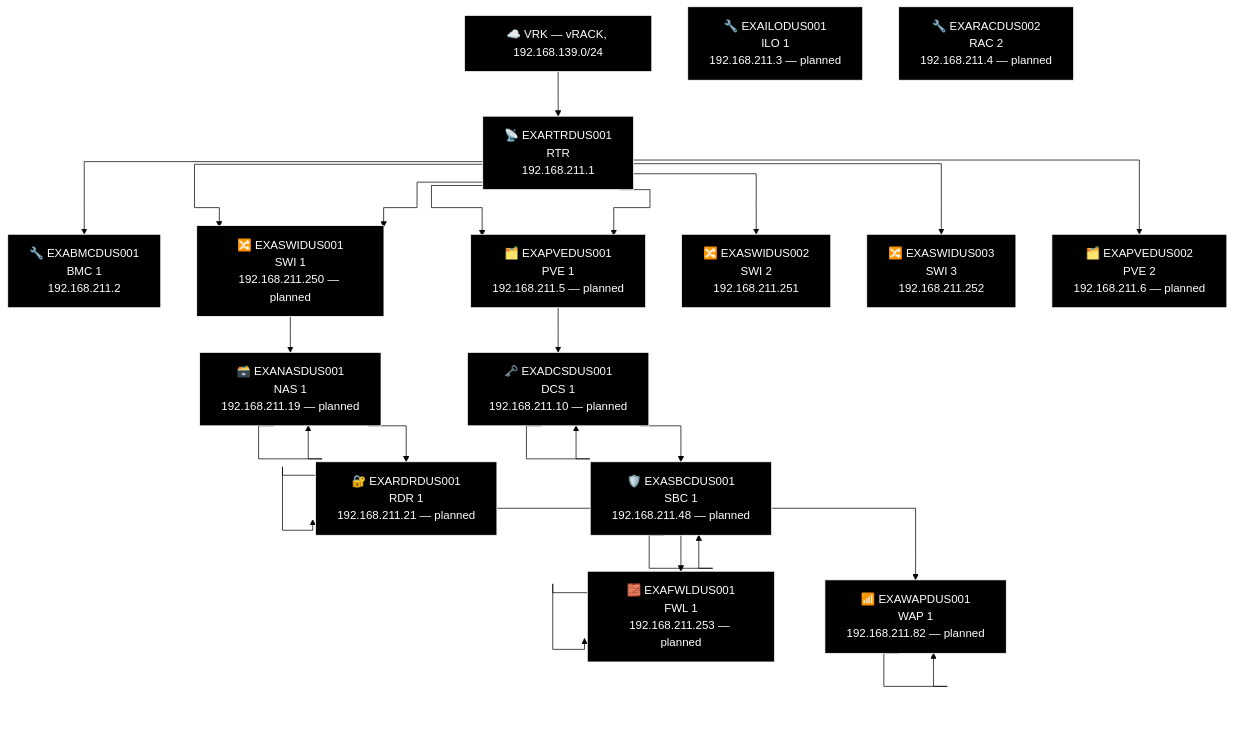
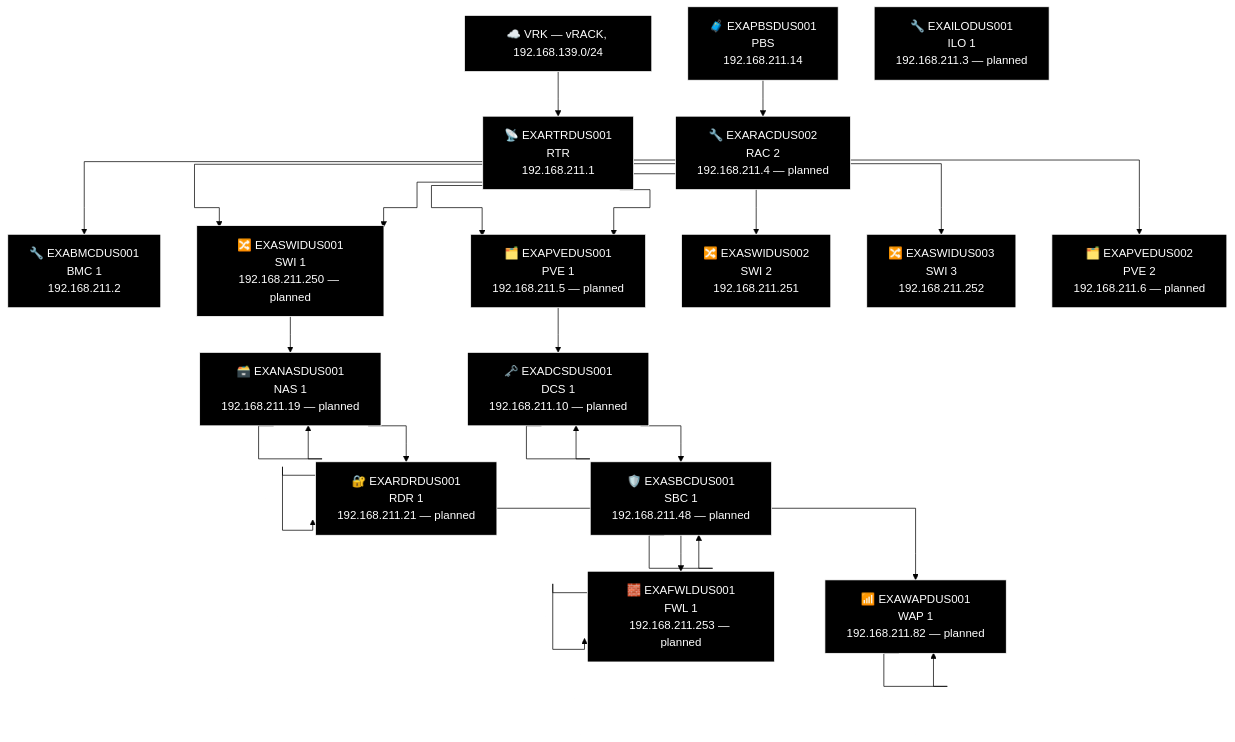
Before and after one commit to knightmare2600/example_music_infra: diagram 13 of 13 in docs/network-diagram/deutschland.md, drawn with Mermaid (forest theme). The commit also changed other lines of this file and 14 other files, not shown here.

First line of the commit message:
docs/network-diagram: regenerate, every site was missing its PBS node

````diff
--- a/docs/network-diagram/deutschland.md
+++ b/docs/network-diagram/deutschland.md
@@ -567,65 +577,68 @@
 ```mermaid
 %% GENERATED:TOPOLOGY:DUS:START
 %%{init: {'flowchart': {'curve': 'stepAfter'}}}%%
 graph TD
     T_VRK["☁️ VRK — vRACK, 192.168.139.0/24"]
     T_RTR["📡 EXARTRDUS001<br/>RTR<br/>192.168.211.1"]
     T_VRK --> T_RTR
     T_BMC["🔧 EXABMCDUS001<br/>BMC 1<br/>192.168.211.2"]
     T_RTR --> T_BMC
     T_PVE["🗂️ EXAPVEDUS001<br/>PVE 1<br/>192.168.211.5"]
     T_RTR --> T_PVE
     T_SWI["🔀 EXASWIDUS001<br/>SWI 1<br/>192.168.211.250"]
     T_RTR --> T_SWI
     T_SWI2["🔀 EXASWIDUS002<br/>SWI 2<br/>192.168.211.251"]
     T_RTR --> T_SWI2
     T_SWI3["🔀 EXASWIDUS003<br/>SWI 3<br/>192.168.211.252"]
     T_RTR --> T_SWI3
     T_SWI["🔀 EXASWIDUS001<br/>SWI 1<br/>192.168.211.250 — planned"]
     T_RTR --> T_SWI
     T_PVE["🗂️ EXAPVEDUS001<br/>PVE 1<br/>192.168.211.5 — planned"]
     T_RTR --> T_PVE
     T_PVE2["🗂️ EXAPVEDUS002<br/>PVE 2<br/>192.168.211.6 — planned"]
     T_RTR --> T_PVE2
     T_NAS["🗃️ EXANASDUS001<br/>NAS<br/>192.168.211.19"]
     T_NAS["🗃️ EXANASDUS001<br/>NAS 1<br/>192.168.211.19 — planned"]
     T_RDR["🔐 EXARDRDUS001<br/>RDR<br/>192.168.211.21"]
     T_RDR["🔐 EXARDRDUS001<br/>RDR 1<br/>192.168.211.21 — planned"]
     T_WAP["📶 EXAWAPDUS001<br/>WAP 1<br/>192.168.211.82"]
     T_WAP["📶 EXAWAPDUS001<br/>WAP 1<br/>192.168.211.82 — planned"]
     T_SWI --> T_NAS --> T_NAS --> T_RDR --> T_RDR --> T_WAP --> T_WAP
     T_DCS["🗝️ EXADCSDUS001<br/>DCS 1<br/>192.168.211.10"]
     T_DCS["🗝️ EXADCSDUS001<br/>DCS 1<br/>192.168.211.10 — planned"]
     T_SBC["🛡️ EXASBCDUS001<br/>SBC<br/>192.168.211.48"]
     T_SBC["🛡️ EXASBCDUS001<br/>SBC 1<br/>192.168.211.48 — planned"]
     T_FWL["🧱 EXAFWLDUS001<br/>LAN Face<br/>192.168.211.253"]
     T_FWL["🧱 EXAFWLDUS001<br/>FWL 1<br/>192.168.211.253 — planned"]
     T_PVE --> T_DCS --> T_DCS --> T_SBC --> T_SBC --> T_FWL --> T_FWL
+    T_PBS["🧳 EXAPBSDUS001<br/>PBS<br/>192.168.211.14"]
     T_ILO["🔧 EXAILODUS001<br/>ILO 1<br/>192.168.211.3 — planned"]
     T_RAC["🔧 EXARACDUS002<br/>RAC 2<br/>192.168.211.4 — planned"]
+    T_PBS --> T_RAC
     style T_VRK fill:#000000,stroke:#FFFFFF,color:#FFFFFF
     style T_RTR fill:#000000,stroke:#FFFFFF,color:#FFFFFF
     style T_BMC fill:#000000,stroke:#FFFFFF,color:#FFFFFF
     style T_PVE fill:#000000,stroke:#FFFFFF,color:#FFFFFF
     style T_SWI fill:#000000,stroke:#FFFFFF,color:#FFFFFF
     style T_SWI2 fill:#000000,stroke:#FFFFFF,color:#FFFFFF
     style T_SWI3 fill:#000000,stroke:#FFFFFF,color:#FFFFFF
     style T_SWI fill:#000000,stroke:#FFFFFF,color:#FFFFFF
     style T_PVE fill:#000000,stroke:#FFFFFF,color:#FFFFFF
     style T_PVE2 fill:#000000,stroke:#FFFFFF,color:#FFFFFF
     style T_NAS fill:#000000,stroke:#FFFFFF,color:#FFFFFF
     style T_NAS fill:#000000,stroke:#FFFFFF,color:#FFFFFF
     style T_RDR fill:#000000,stroke:#FFFFFF,color:#FFFFFF
     style T_RDR fill:#000000,stroke:#FFFFFF,color:#FFFFFF
     style T_WAP fill:#000000,stroke:#FFFFFF,color:#FFFFFF
     style T_WAP fill:#000000,stroke:#FFFFFF,color:#FFFFFF
     style T_DCS fill:#000000,stroke:#FFFFFF,color:#FFFFFF
     style T_DCS fill:#000000,stroke:#FFFFFF,color:#FFFFFF
     style T_SBC fill:#000000,stroke:#FFFFFF,color:#FFFFFF
     style T_SBC fill:#000000,stroke:#FFFFFF,color:#FFFFFF
     style T_FWL fill:#000000,stroke:#FFFFFF,color:#FFFFFF
     style T_FWL fill:#000000,stroke:#FFFFFF,color:#FFFFFF
+    style T_PBS fill:#000000,stroke:#FFFFFF,color:#FFFFFF
     style T_ILO fill:#000000,stroke:#FFFFFF,color:#FFFFFF
     style T_RAC fill:#000000,stroke:#FFFFFF,color:#FFFFFF
 %% GENERATED:TOPOLOGY:DUS:END
 ```
````
